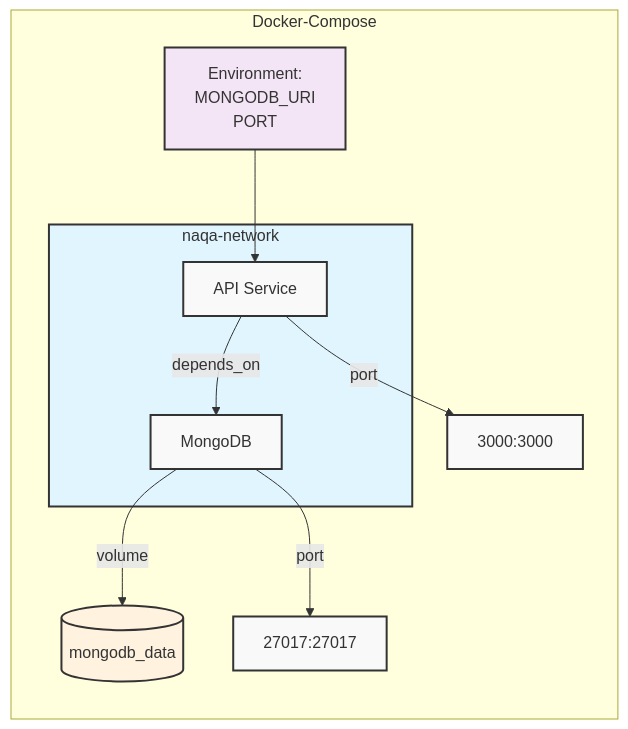
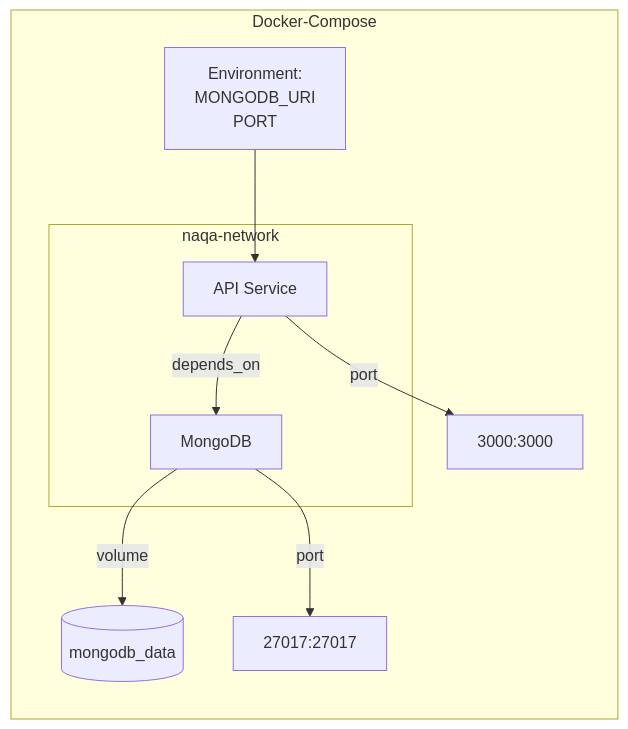
Before and after one commit to anqorithm/naqa-api: the second of 2 diagrams in README.md, drawn with Mermaid.

Commit message:
docs(README.md): remove unused class definitions to streamline documentation

````diff
--- a/README.md
+++ b/README.md
@@ -409,27 +409,18 @@
 ```mermaid
 graph LR
     subgraph Docker-Compose
         subgraph naqa-network
             api[API Service]
             mongo[MongoDB]
             api --> |depends_on| mongo
         end
         
         volume[(mongodb_data)]
         mongo --> |volume| volume
         
         api --> |port| port1[3000:3000]
         mongo --> |port| port2[27017:27017]
         
         env1[Environment:<br/>MONGODB_URI<br/>PORT] --> api
     end
-
-    classDef default fill:#f9f9f9,stroke:#333,stroke-width:2px;
-    classDef network fill:#e1f5fe,stroke:#333,stroke-width:2px;
-    classDef volume fill:#fff3e0,stroke:#333,stroke-width:2px;
-    classDef env fill:#f3e5f5,stroke:#333,stroke-width:2px;
-    
-    class naqa-network network;
-    class volume volume;
-    class env1 env;
 ```
````
